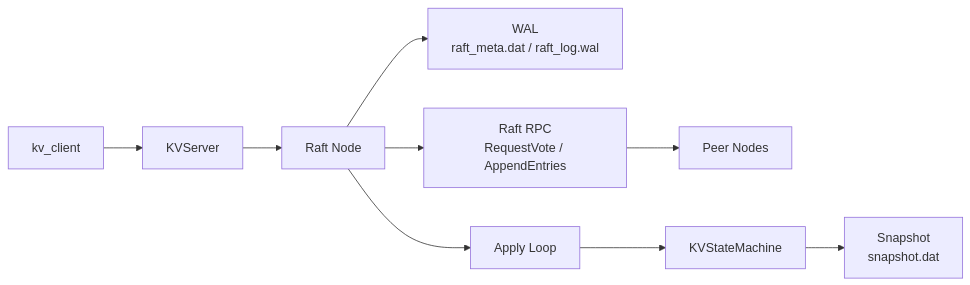
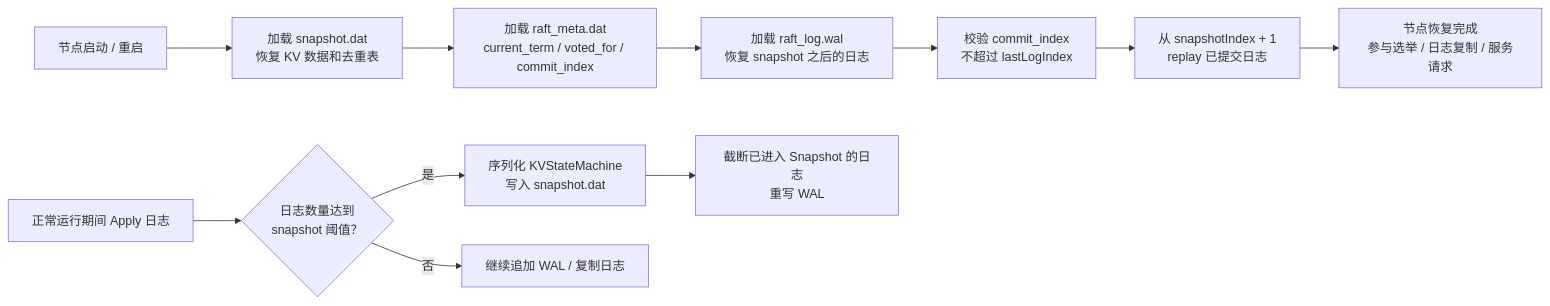
One commit to LiuKaiDev/RaftKV-StrongConsistency changed the fourth of 4 diagrams in README.md. Above: the diagram before and after it, drawn with Mermaid. The commit also changed other lines of this file, not shown here.

````diff
--- a/README.md
+++ b/README.md
@@ -119,15 +377,14 @@
-  ```mermaid
-  flowchart LR
-      Client["kv_client"] --> KVServer["KVServer"]
-  
-      KVServer --> Raft["Raft Node"]
-  
-      Raft --> WAL["WAL<br/>raft_meta.dat / raft_log.wal"]
-      Raft --> RPC["Raft RPC<br/>RequestVote / AppendEntries"]
-      RPC --> Peers["Peer Nodes"]
-  
-      Raft --> Apply["Apply Loop"]
-      Apply --> KVSM["KVStateMachine"]
-  
-      KVSM --> Snapshot["Snapshot<br/>snapshot.dat"]
-  ```
+```mermaid
+flowchart LR
+  Start["节点启动 / 重启"] --> LoadSnapshot["加载 snapshot.dat<br/>恢复 KV 数据和去重表"]
+  LoadSnapshot --> LoadMeta["加载 raft_meta.dat<br/>current_term / voted_for / commit_index"]
+  LoadMeta --> LoadWAL["加载 raft_log.wal<br/>恢复 snapshot 之后的日志"]
+  LoadWAL --> Clamp["校验 commit_index<br/>不超过 lastLogIndex"]
+  Clamp --> Replay["从 snapshotIndex + 1<br/>replay 已提交日志"]
+  Replay --> Ready["节点恢复完成<br/>参与选举 / 日志复制 / 服务请求"]
+
+  Apply["正常运行期间 Apply 日志"] --> MaybeSnapshot{"日志数量达到<br/>snapshot 阈值？"}
+  MaybeSnapshot -->|是| SaveSnapshot["序列化 KVStateMachine<br/>写入 snapshot.dat"]
+  SaveSnapshot --> Compact["截断已进入 Snapshot 的日志<br/>重写 WAL"]
+  MaybeSnapshot -->|否| Continue["继续追加 WAL / 复制日志"]
+```
````
